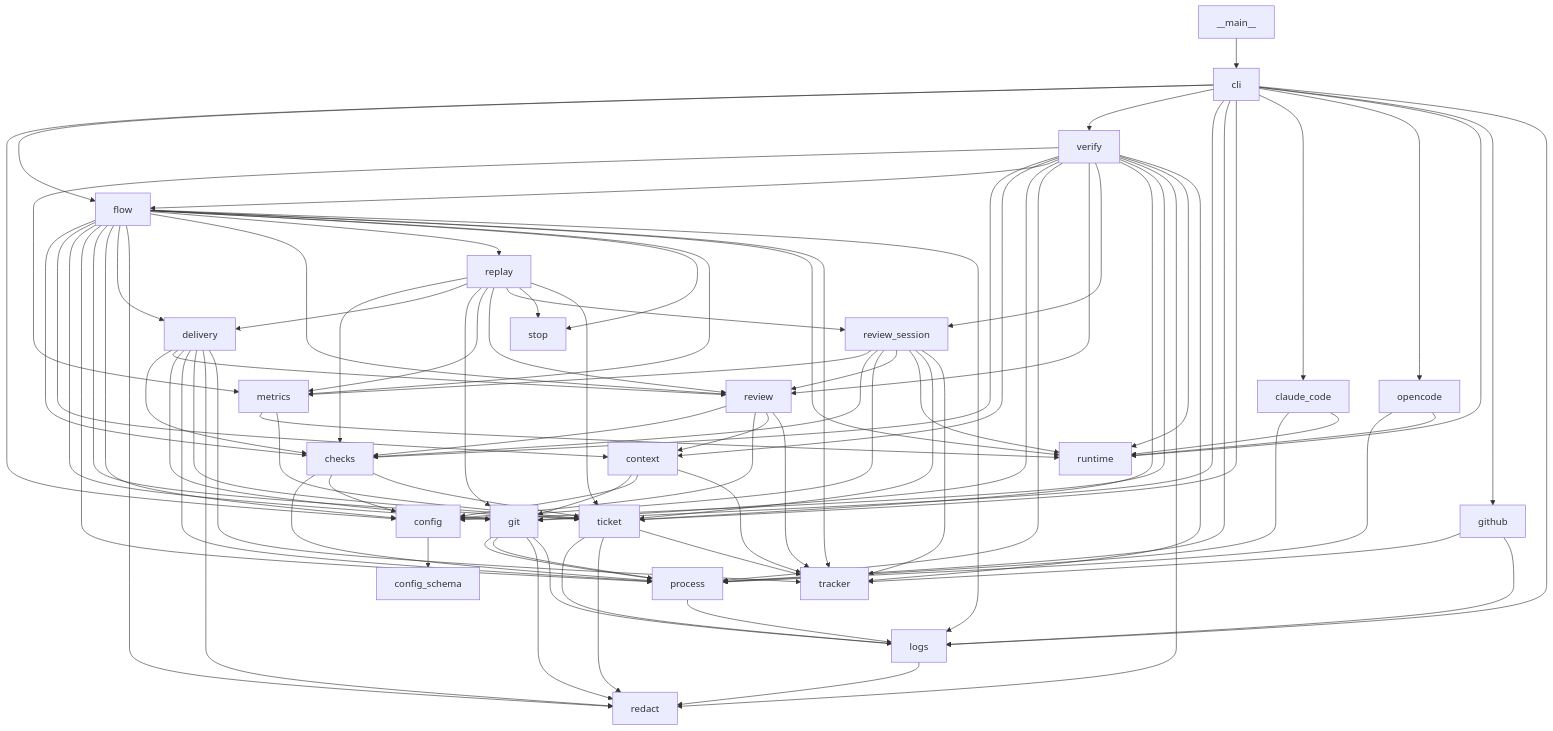
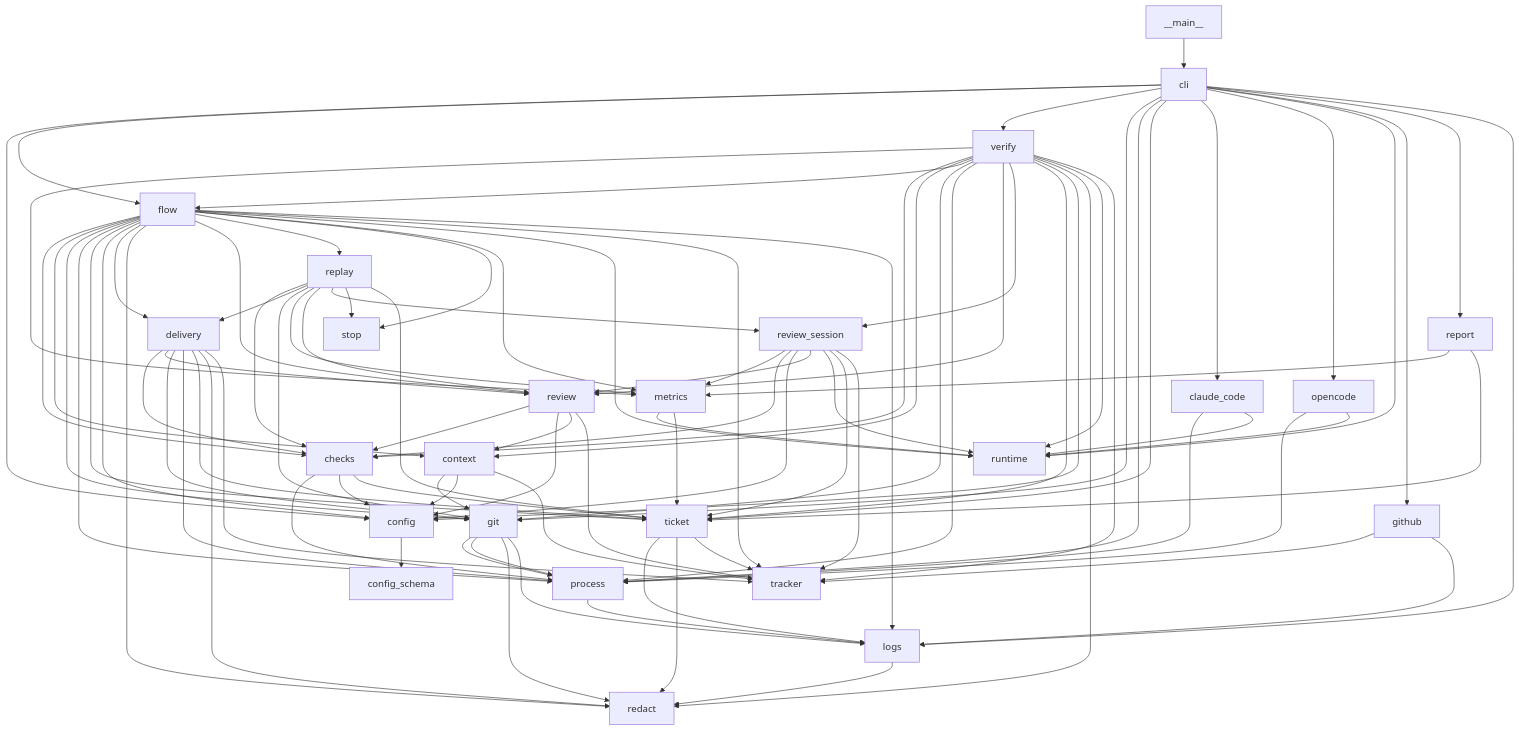
The first of 3 diagrams in docs/architecture/3-components.md (plaplanche/ariane), drawn with Mermaid before and after one commit. The commit also changed 8 other files, not shown here.

Commit message:
#96: Add ariane report [--since] over the tickets' metrics (C19, C23, slice 4)

```diff
--- a/docs/architecture/3-components.md
+++ b/docs/architecture/3-components.md
@@ -60,6 +60,9 @@
   replay --> ticket
   review_session --> metrics
   verify --> metrics
+  cli --> report
+  report --> metrics
+  report --> ticket
   flow --> runtime
   flow --> tracker
   git --> process
```
